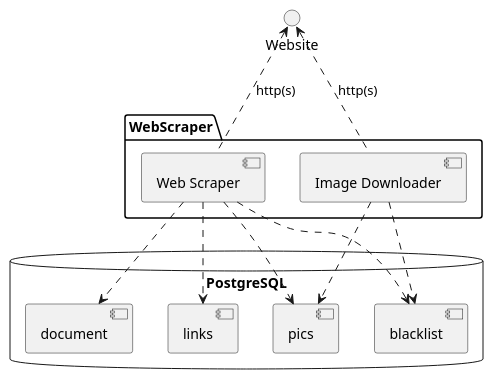
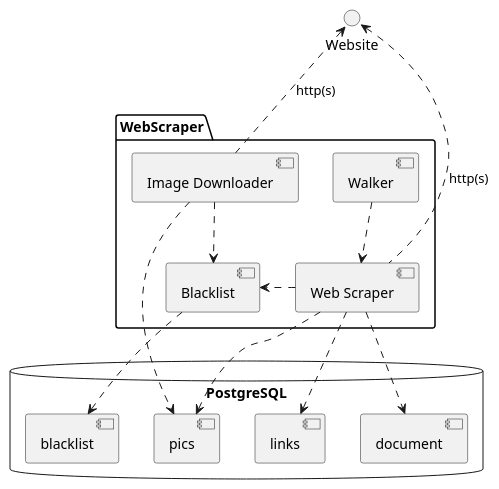
Before and after one commit to jdufner/WebScraper: the diagram in WebScraper Components.puml, drawn with PlantUML. The commit also changed 5 other files, not shown here.

```diff
--- a/WebScraper Components.puml
+++ b/WebScraper Components.puml
@@ -1,25 +1,31 @@
 @startuml
 
 package "WebScraper" {
+    [Walker] as w
     [Web Scraper] as ws
+    [Blacklist] as bl
     [Image Downloader] as id
 }
 
+w ..> ws
+ws .> bl
+id ..> bl
+'ws -> id
 Website <.. ws: http(s)
 Website <.. id: http(s)
 
 database "PostgreSQL" {
     [document]
     [links]
     [pics]
     [blacklist]
 }
 
 ws ..> [document]
 ws ..> [links]
 ws ..> [pics]
-ws ..> [blacklist]
+bl ..> [blacklist]
 id ..> [pics]
-id ..> [blacklist]
+'id ..> [blacklist]
 
 @enduml
```
